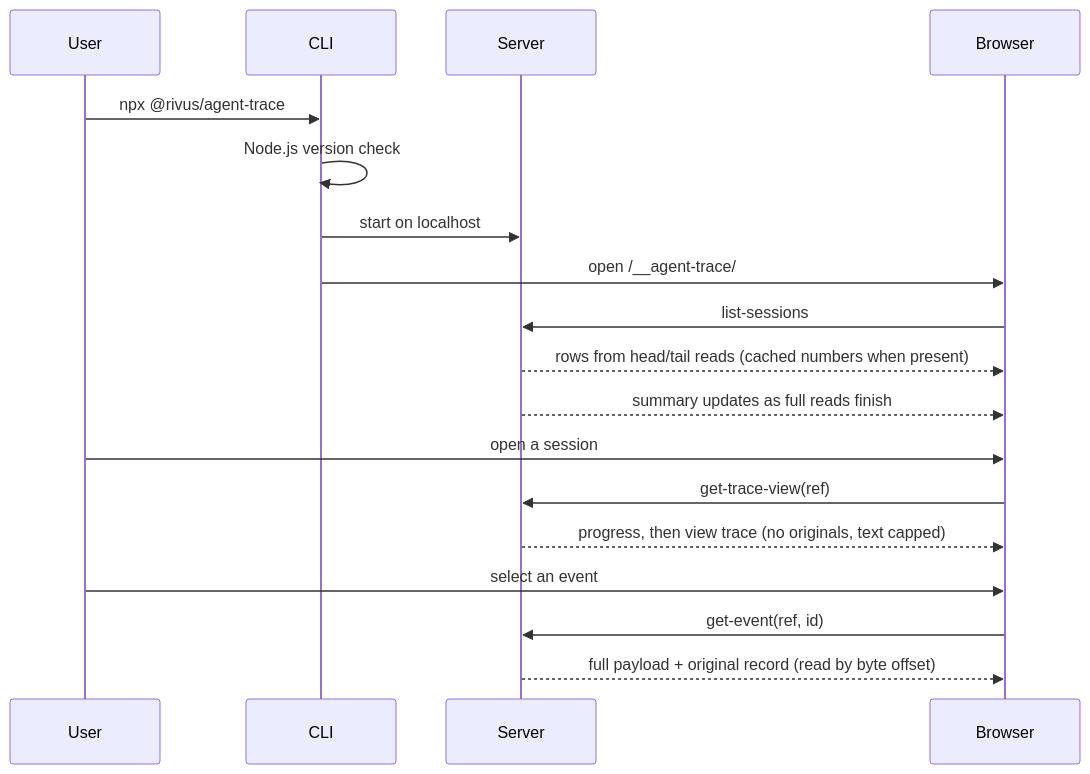
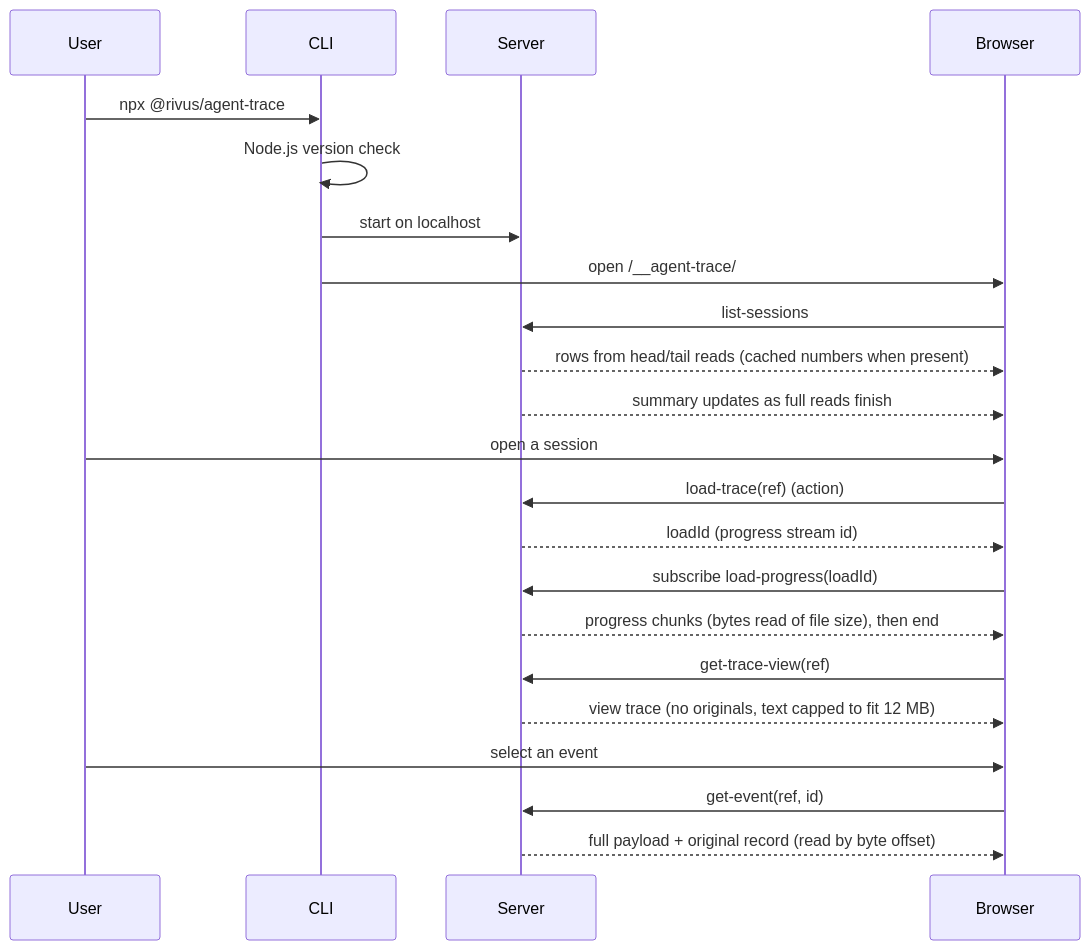
The second of 4 diagrams in docs/plans/0001-external-release.md (PerfectPan/estela), drawn with Mermaid before and after one commit. The commit also changed other lines of this file and 52 other files, not shown here.

Commit message:
feat: serve a view trace and load originals on demand (#10)

````diff
--- a/docs/plans/0001-external-release.md
+++ b/docs/plans/0001-external-release.md
@@ -159,20 +159,24 @@
 ```mermaid
 sequenceDiagram
   participant U as User
   participant C as CLI
   participant S as Server
   participant B as Browser
   U->>C: npx @rivus/agent-trace
   C->>C: Node.js version check
   C->>S: start on localhost
   C->>B: open /__agent-trace/
   B->>S: list-sessions
   S-->>B: rows from head/tail reads (cached numbers when present)
   S-->>B: summary updates as full reads finish
   U->>B: open a session
+  B->>S: load-trace(ref) (action)
+  S-->>B: loadId (progress stream id)
+  B->>S: subscribe load-progress(loadId)
+  S-->>B: progress chunks (bytes read of file size), then end
   B->>S: get-trace-view(ref)
-  S-->>B: progress, then view trace (no originals, text capped)
+  S-->>B: view trace (no originals, text capped to fit 12 MB)
   U->>B: select an event
   B->>S: get-event(ref, id)
   S-->>B: full payload + original record (read by byte offset)
 ```
````
